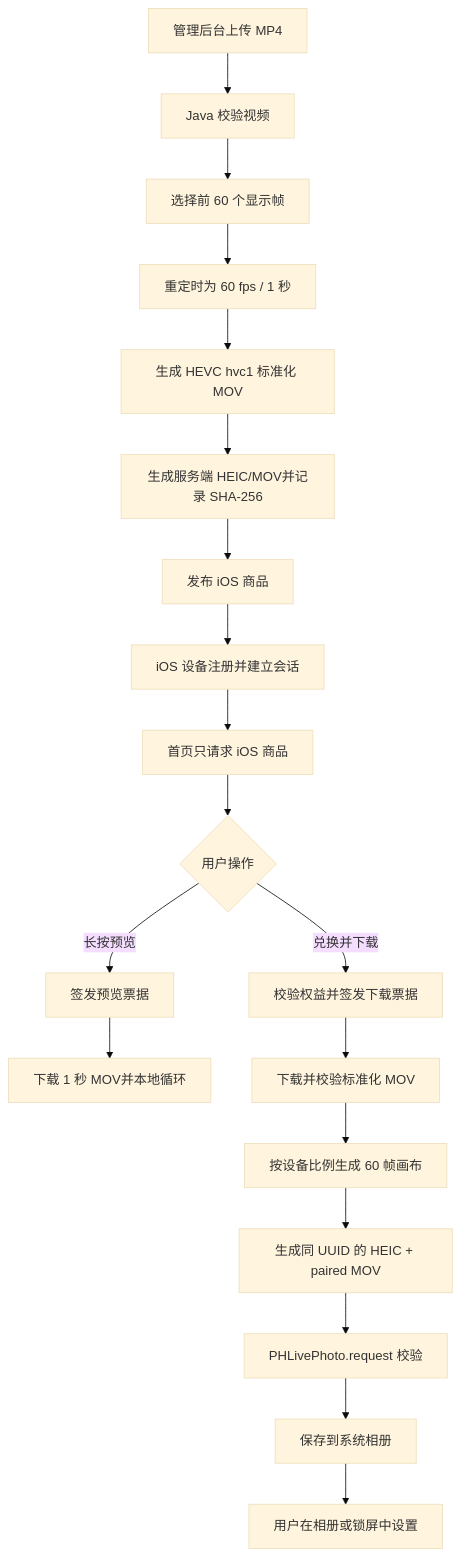
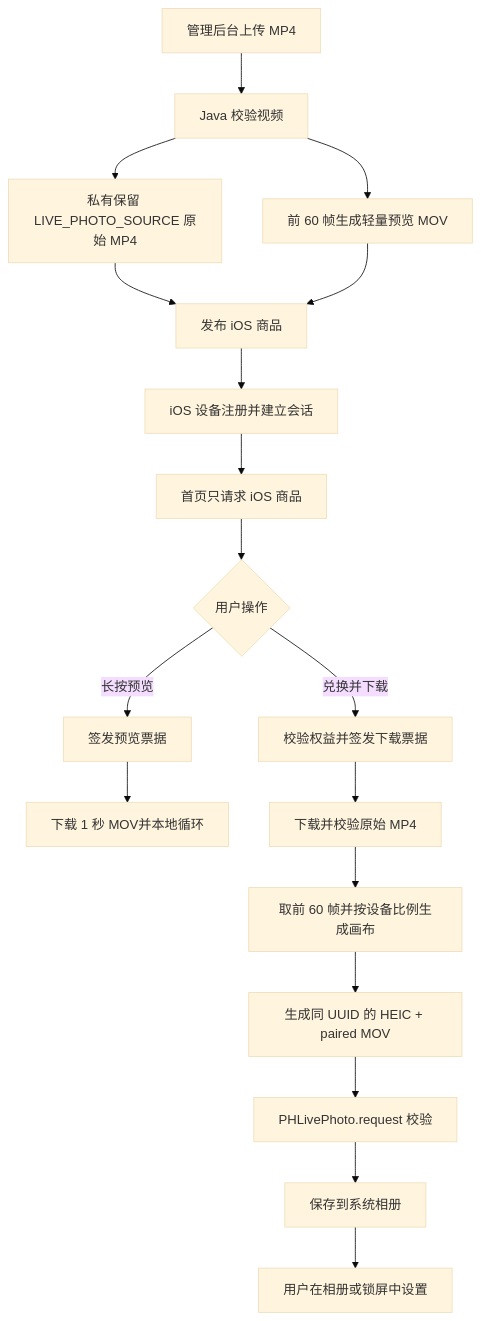
The diagram in docs/04-接口设计/API-024-iOS-InToLive兼容转码Java改造说明.md (Jerry1254/wallpapersapp), drawn with Mermaid (base theme) before and after one commit. The commit also changed other lines of this file and 4 other files, not shown here.

````diff
--- a/docs/04-接口设计/API-024-iOS-InToLive兼容转码Java改造说明.md
+++ b/docs/04-接口设计/API-024-iOS-InToLive兼容转码Java改造说明.md
@@ -272,21 +326,20 @@
 ```mermaid
 flowchart TD
     A[管理后台上传 MP4] --> B[Java 校验视频]
-    B --> C[选择前 60 个显示帧]
-    C --> D[重定时为 60 fps / 1 秒]
-    D --> E[生成 HEVC hvc1 标准化 MOV]
-    E --> F[生成服务端 HEIC/MOV并记录 SHA-256]
-    F --> G[发布 iOS 商品]
+    B --> C[私有保留 LIVE_PHOTO_SOURCE 原始 MP4]
+    B --> D[前 60 帧生成轻量预览 MOV]
+    C --> G[发布 iOS 商品]
+    D --> G
     G --> H[iOS 设备注册并建立会话]
     H --> I[首页只请求 iOS 商品]
     I --> J{用户操作}
     J -->|长按预览| K[签发预览票据]
     K --> L[下载 1 秒 MOV并本地循环]
     J -->|兑换并下载| M[校验权益并签发下载票据]
-    M --> N[下载并校验标准化 MOV]
-    N --> O[按设备比例生成 60 帧画布]
+    M --> N[下载并校验原始 MP4]
+    N --> O[取前 60 帧并按设备比例生成画布]
     O --> P[生成同 UUID 的 HEIC + paired MOV]
     P --> Q[PHLivePhoto.request 校验]
     Q --> R[保存到系统相册]
     R --> S[用户在相册或锁屏中设置]
 ```
````
